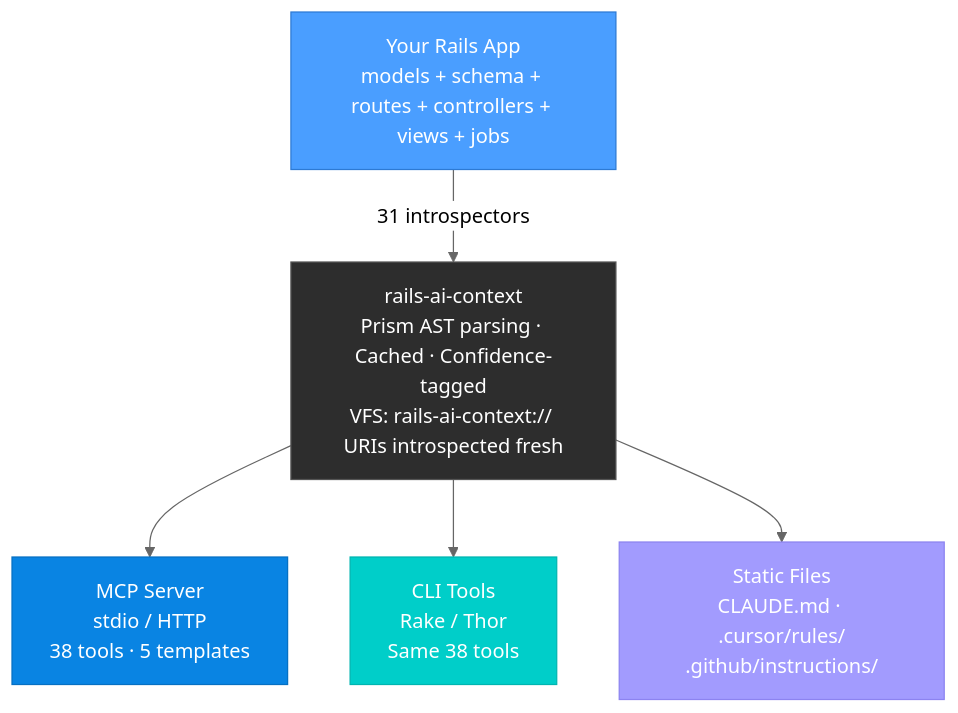
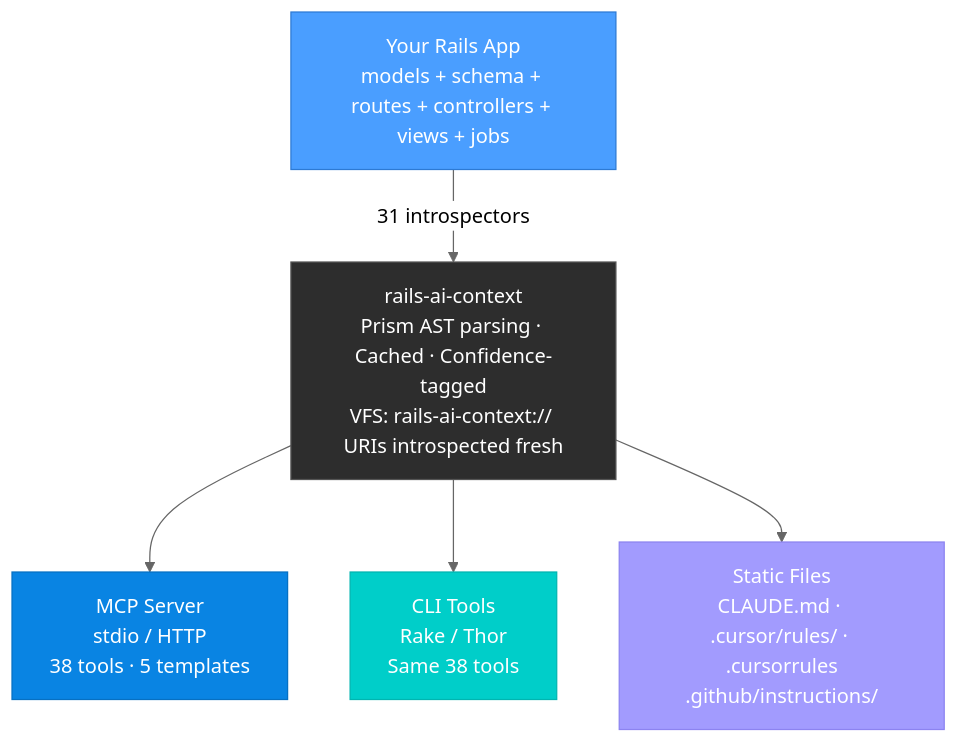
The diagram in README.md (johan--/rails-ai-context), drawn with Mermaid (neutral theme) before and after one commit. The commit also changed other lines of this file and 19 other files, not shown here.

First line of the commit message:
fix: Cursor chat agent rule detection — restore legacy .cursorrules fallback (#77)

````diff
--- a/README.md
+++ b/README.md
@@ -398,16 +398,16 @@
 ```mermaid
 graph TD
     A["Your Rails App\nmodels + schema + routes + controllers + views + jobs"] -->|"31 introspectors"| B
 
     B["rails-ai-context\nPrism AST parsing · Cached · Confidence-tagged\nVFS: rails-ai-context:// URIs introspected fresh"]
 
     B --> C["MCP Server\nstdio / HTTP\n38 tools · 5 templates"]
     B --> D["CLI Tools\nRake / Thor\nSame 38 tools"]
-    B --> E["Static Files\nCLAUDE.md · .cursor/rules/\n.github/instructions/"]
+    B --> E["Static Files\nCLAUDE.md · .cursor/rules/ · .cursorrules\n.github/instructions/"]
 
     style A fill:#4a9eff,stroke:#2d7ad4,color:#fff
     style B fill:#2d2d2d,stroke:#555,color:#fff
     style C fill:#0984e3,stroke:#0770c2,color:#fff
     style D fill:#00cec9,stroke:#00b5b0,color:#fff
     style E fill:#a29bfe,stroke:#8c83f0,color:#fff
 ```
````
